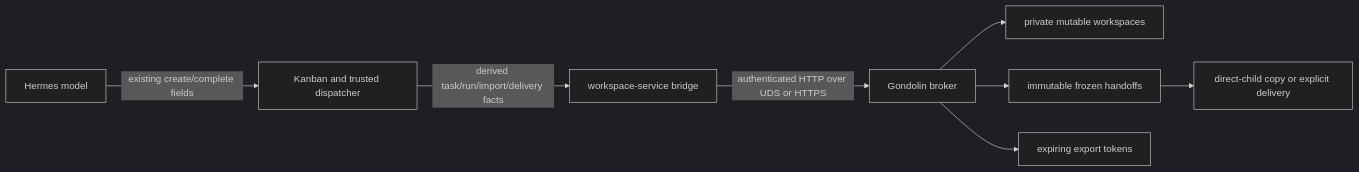
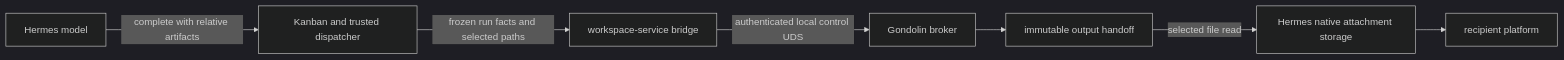
The diagram in openspec/changes/add-task-workspace-handoff/design.md (dvicory/homelab), drawn with Mermaid (dark theme) before and after one commit. The commit also changed other lines of this file and 5 other files, not shown here.

Commit message:
spec(workspaces): narrow immutable output handoffs

````diff
--- a/openspec/changes/add-task-workspace-handoff/design.md
+++ b/openspec/changes/add-task-workspace-handoff/design.md
@@ -30,10 +29,9 @@
 ```mermaid
 flowchart LR
-  M[Hermes model] -->|existing create/complete fields| K[Kanban and trusted dispatcher]
-  K -->|derived task/run/import/delivery facts| P[workspace-service bridge]
-  P -->|authenticated HTTP over UDS or HTTPS| B[Gondolin broker]
-  B --> W[private mutable workspaces]
-  B --> H[immutable frozen handoffs]
-  B --> X[expiring export tokens]
-  H --> C[direct-child copy or explicit delivery]
+  M[Hermes model] -->|complete with relative artifacts| K[Kanban and trusted dispatcher]
+  K -->|frozen run facts and selected paths| P[workspace-service bridge]
+  P -->|authenticated local control UDS| B[Gondolin broker]
+  B --> H[immutable output handoff]
+  H -->|selected file read| A[Hermes native attachment storage]
+  A --> R[recipient platform]
 ```
````
